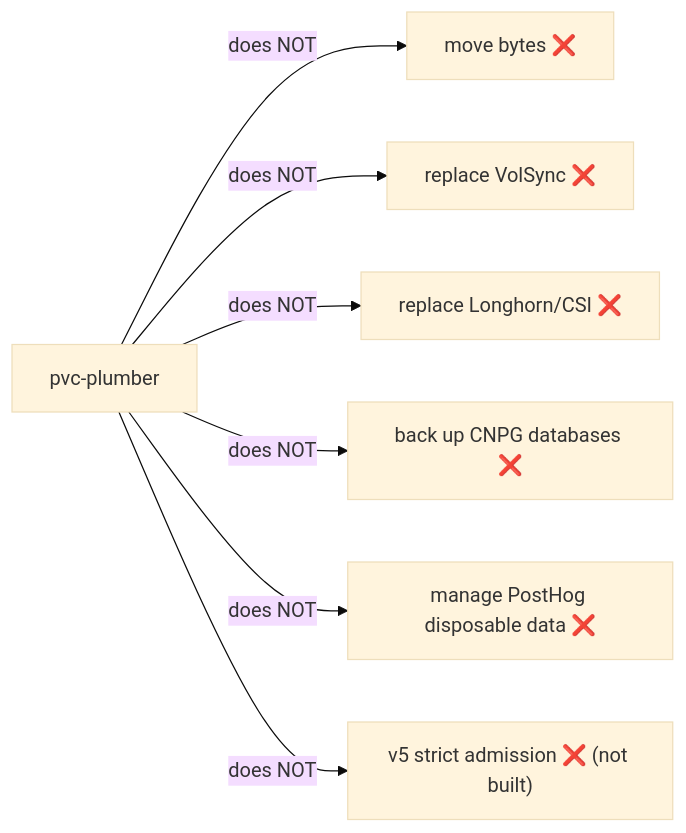
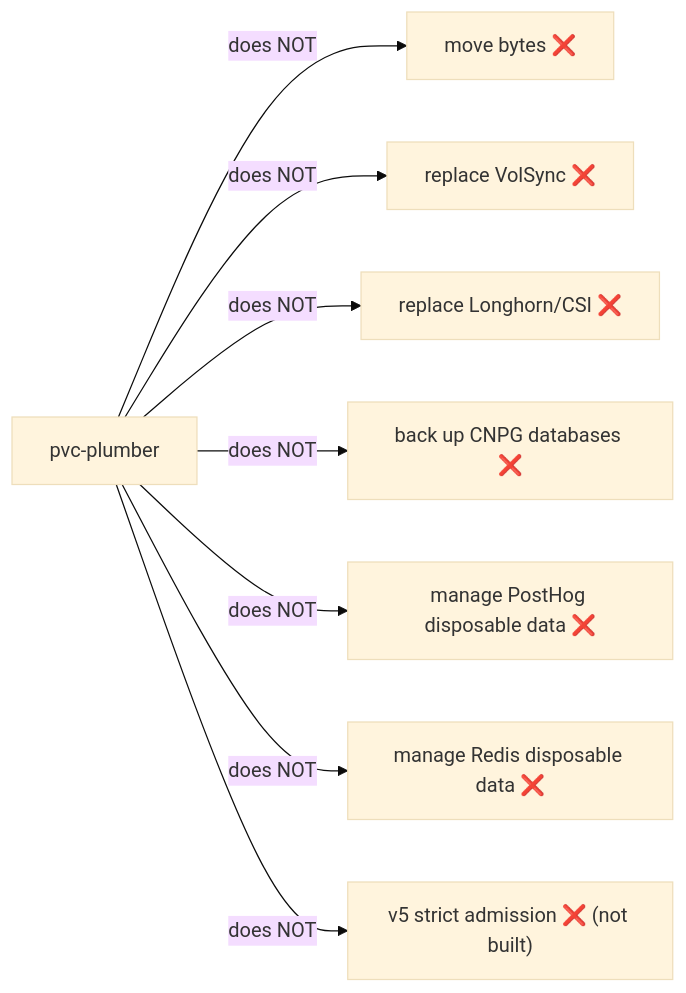
One commit to mitchross/talos-argocd-proxmox changed the third of 4 diagrams in docs/pvc-plumber-start-here.md. Above: the diagram before and after it, drawn with Mermaid (base theme). The commit also changed other lines of this file and 13 other files, not shown here.

````diff
--- a/docs/pvc-plumber-start-here.md
+++ b/docs/pvc-plumber-start-here.md
@@ -93,9 +93,10 @@
 ```mermaid
 flowchart LR
     PP[pvc-plumber] -->|does NOT| X1[move bytes ❌]
     PP -->|does NOT| X2[replace VolSync ❌]
     PP -->|does NOT| X3[replace Longhorn/CSI ❌]
     PP -->|does NOT| X4[back up CNPG databases ❌]
     PP -->|does NOT| X5[manage PostHog disposable data ❌]
-    PP -->|does NOT| X6["v5 strict admission ❌ (not built)"]
+    PP -->|does NOT| X6[manage Redis disposable data ❌]
+    PP -->|does NOT| X7["v5 strict admission ❌ (not built)"]
 ```
````
